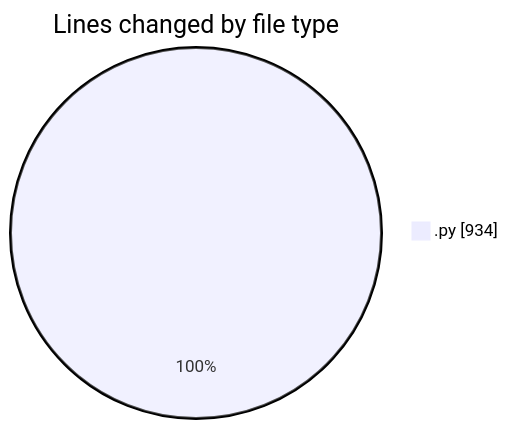
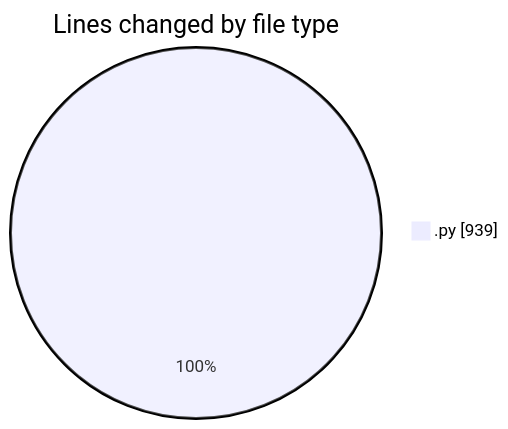
Before and after one commit to julien-gomy/code-tracking: the first of 2 diagrams in 2025-11-27/eventscop-api-guide__workspace_/README.md, drawn with Mermaid. The commit also changed other lines of this file and 1 other file, not shown here.

````diff
--- a/2025-11-27/eventscop-api-guide__workspace_/README.md
+++ b/2025-11-27/eventscop-api-guide__workspace_/README.md
@@ -20,5 +20,5 @@
 ```mermaid
 pie showData
 title Lines changed by file type
-".py" : 934
+".py" : 939
 ```
````
